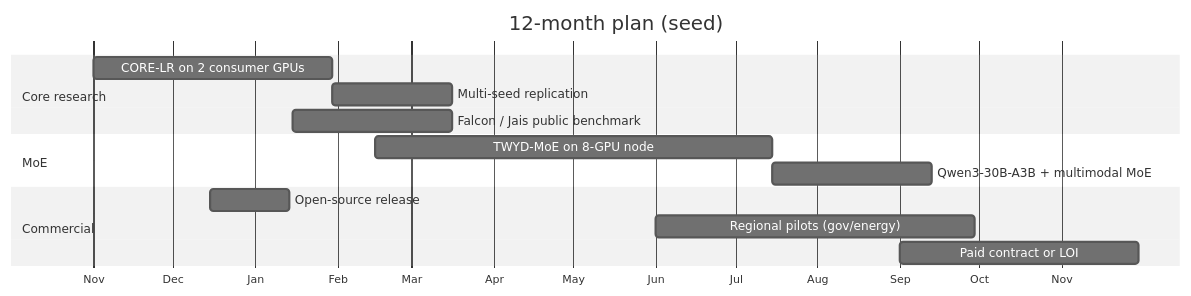
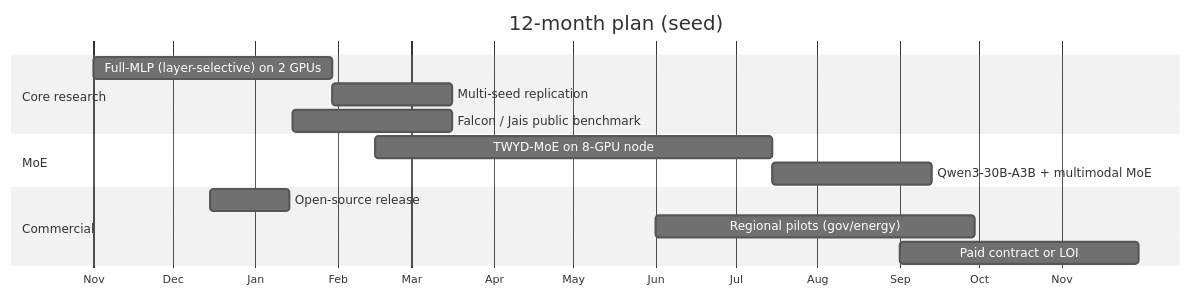
Before and after one commit to wenhui-ml/twyd: the fourth of 4 diagrams in README.md, drawn with Mermaid (neutral theme). The commit also changed other lines of this file and 21 other files, not shown here.

````diff
--- a/README.md
+++ b/README.md
@@ -222,17 +227,17 @@
 ```mermaid
 gantt
     title 12-month plan (seed)
     dateFormat  YYYY-MM-DD
     axisFormat  %b
     section Core research
-    CORE-LR on 2 consumer GPUs      :a1, 2026-11-01, 90d
+    Full-MLP (layer-selective) on 2 GPUs :a1, 2026-11-01, 90d
     Multi-seed replication          :a2, after a1, 45d
     Falcon / Jais public benchmark  :a3, 2027-01-15, 60d
     section MoE
     TWYD-MoE on 8-GPU node          :b1, 2027-02-15, 150d
     Qwen3-30B-A3B + multimodal MoE  :b2, after b1, 60d
     section Commercial
     Open-source release             :c1, 2026-12-15, 30d
     Regional pilots (gov/energy)    :c2, 2027-06-01, 120d
     Paid contract or LOI            :c3, 2027-09-01, 90d
 ```
````
